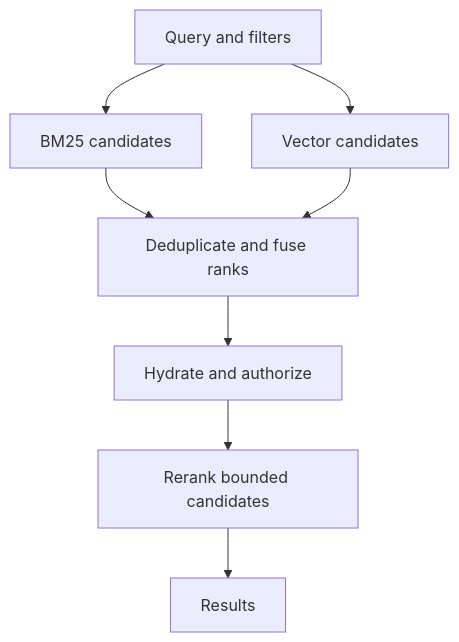
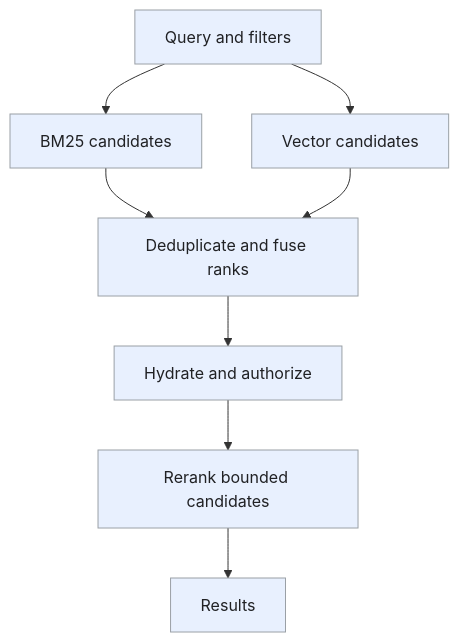
One commit to iliazlobin/iliazlobin.github.io changed the third of 3 diagrams in _designs/system-design-post-search.md. Above: the diagram before and after it, drawn with Mermaid. The commit also changed other lines of this file and 20 other files, not shown here.

Commit message:
Improve design flows, tradeoffs, and technology references

````diff
--- a/_designs/system-design-post-search.md
+++ b/_designs/system-design-post-search.md
@@ -195,10 +233,14 @@
 ```mermaid
 flowchart TB
   Q["Query and filters"] --> L["BM25 candidates"]
   Q --> V["Vector candidates"]
   L --> F["Deduplicate and fuse ranks"]
   V --> F
   F --> A["Hydrate and authorize"]
   A --> R["Rerank bounded candidates"]
   R --> O["Results"]
+  classDef request fill:#e8f0fe,stroke:#9aa0a6,color:#202124,stroke-width:1px
+  classDef background fill:#e6f4ea,stroke:#9aa0a6,color:#202124,stroke-width:1px
+  classDef control fill:#fef7e0,stroke:#9aa0a6,color:#202124,stroke-width:1px
+  class Q,L,V,F,A,R,O request
 ```
````
